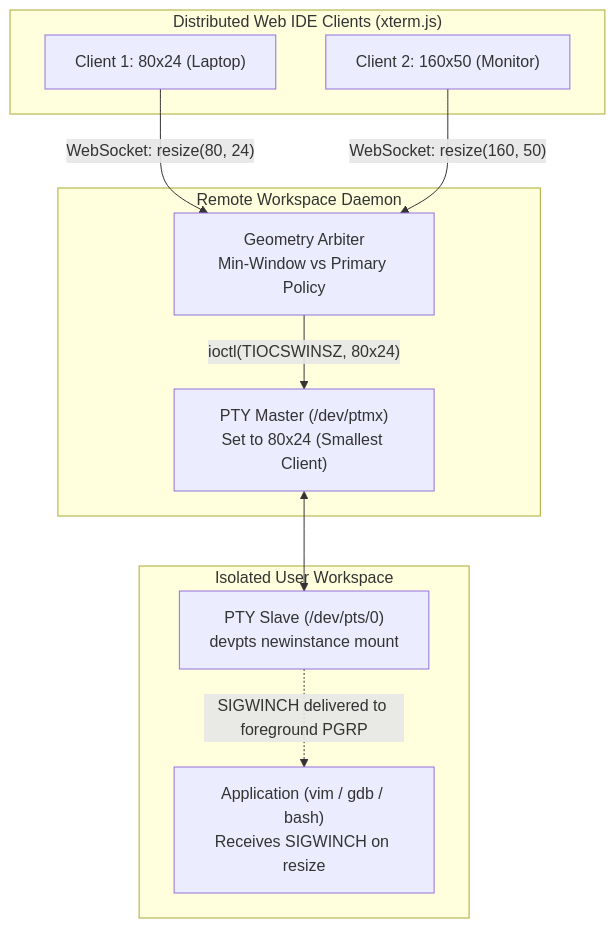
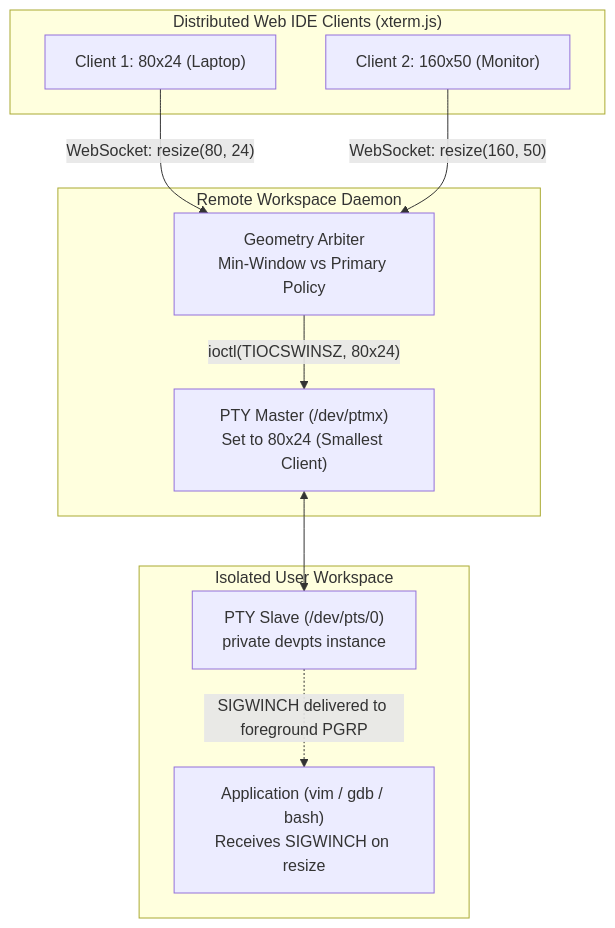
One commit to shreejitverma/The-Distinguished-Engineer changed the second of 2 diagrams in 18-Developer-Toolchain/00-Program-Execution/TTYs-PTYs-and-Line-Discipline.md. Above: the diagram before and after it, drawn with Mermaid. The commit also changed other lines of this file and 15 other files, not shown here.

````diff
--- a/18-Developer-Toolchain/00-Program-Execution/TTYs-PTYs-and-Line-Discipline.md
+++ b/18-Developer-Toolchain/00-Program-Execution/TTYs-PTYs-and-Line-Discipline.md
@@ -513,23 +514,23 @@
 ```mermaid
 flowchart TD
     subgraph MULTI_CLIENT["Distributed Web IDE Clients (xterm.js)"]
         C1["Client 1: 80x24 (Laptop)"]
         C2["Client 2: 160x50 (Monitor)"]
     end
 
     subgraph SERVER["Remote Workspace Daemon"]
         ROUTER["Geometry Arbiter<br/>Min-Window vs Primary Policy"]
         PTM["PTY Master (/dev/ptmx)<br/>Set to 80x24 (Smallest Client)"]
     end
 
     subgraph CONTAINER["Isolated User Workspace"]
-        PTS["PTY Slave (/dev/pts/0)<br/>devpts newinstance mount"]
+        PTS["PTY Slave (/dev/pts/0)<br/>private devpts instance"]
         APP["Application (vim / gdb / bash)<br/>Receives SIGWINCH on resize"]
     end
 
     C1 -->|"WebSocket: resize(80, 24)"| ROUTER
     C2 -->|"WebSocket: resize(160, 50)"| ROUTER
     ROUTER -->|"ioctl(TIOCSWINSZ, 80x24)"| PTM
     PTM <--> PTS
     PTS -.->|"SIGWINCH delivered to foreground PGRP"| APP
 ```
````
